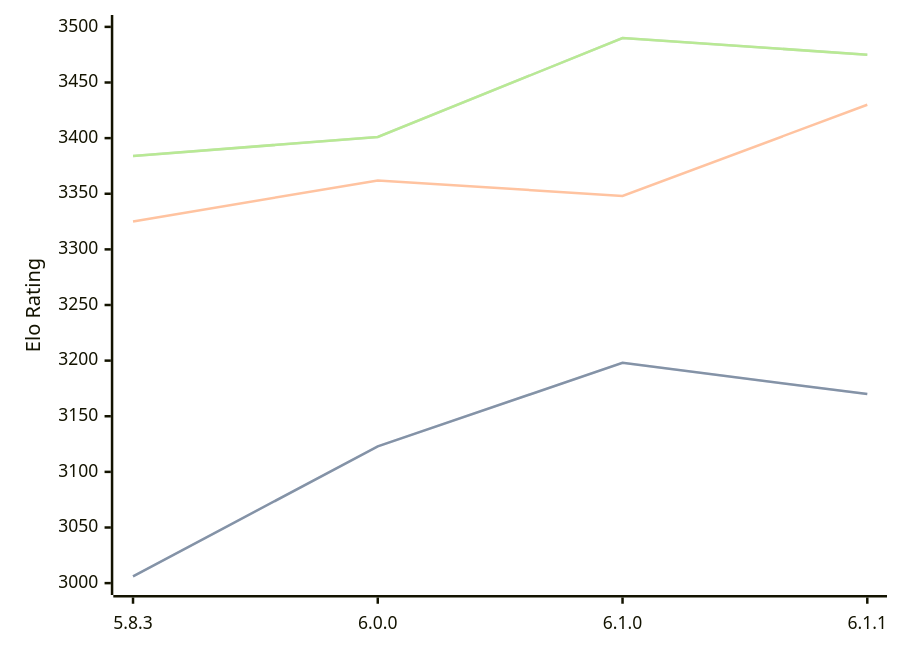
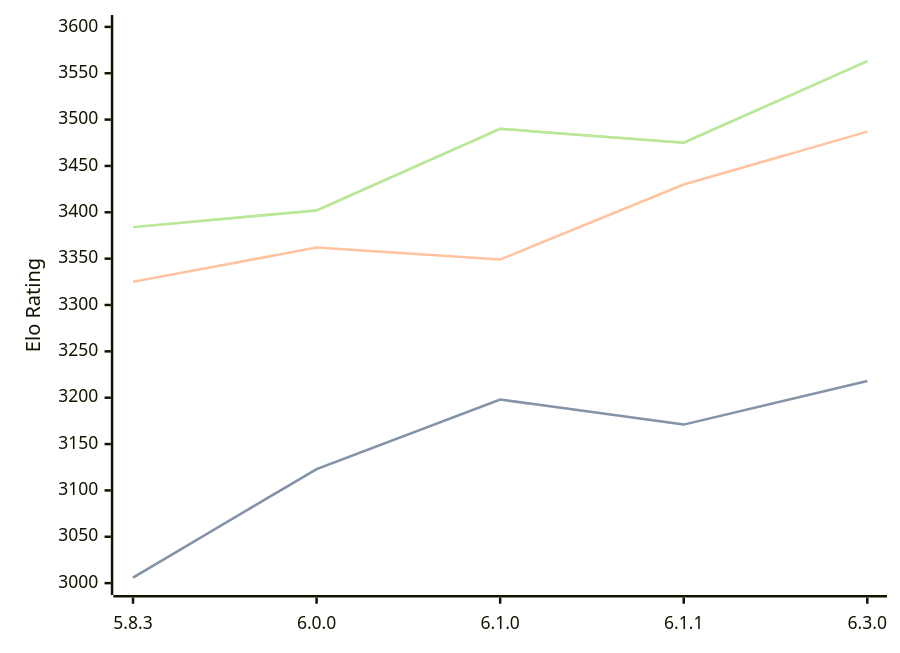
The diagram in engines/Zigqueen.md (computer-chess-index/cci), drawn with Mermaid before and after one commit. The commit also changed other lines of this file, not shown here.

Commit message:
Update CCI Ratings (ELO VLTC) - 2026-09-27

````diff
--- a/engines/Zigqueen.md
+++ b/engines/Zigqueen.md
@@ -39,11 +39,11 @@
 ```mermaid
 %%{init: {"theme":"base","themeVariables":{"seriesColors:['#a3a3a3','#222221','#faa371']}}}%%
 xychart-beta
-  x-axis ["5.8.3", "6.0.0", "6.1.0", "6.1.1"]
-  y-axis "Elo Rating" 3000 --> 3500
-  line "" [3006, 3123, 3198, 3170]
-  line "STC (8.0+0.08s)" [3006, 3123, 3198, 3170]
-  line "LTC (60.0+0.60s)" [3325, 3362, 3348, 3430]
-  line "" [3384, 3401, 3490, 3475]
-  line "VLTC (2m24s+1.12s)" [3384, 3401, 3490, 3475]
+  x-axis ["5.8.3", "6.0.0", "6.1.0", "6.1.1", "6.3.0"]
+  y-axis "Elo Rating" 3000 --> 3600
+  line "" [3006, 3123, 3198, 3171, 3218]
+  line "STC (8.0+0.08s)" [3006, 3123, 3198, 3171, 3218]
+  line "LTC (60.0+0.60s)" [3325, 3362, 3349, 3430, 3487]
+  line "" [3384, 3402, 3490, 3475, 3563]
+  line "VLTC (2m24s+1.12s)" [3384, 3402, 3490, 3475, 3563]
 ```
````
